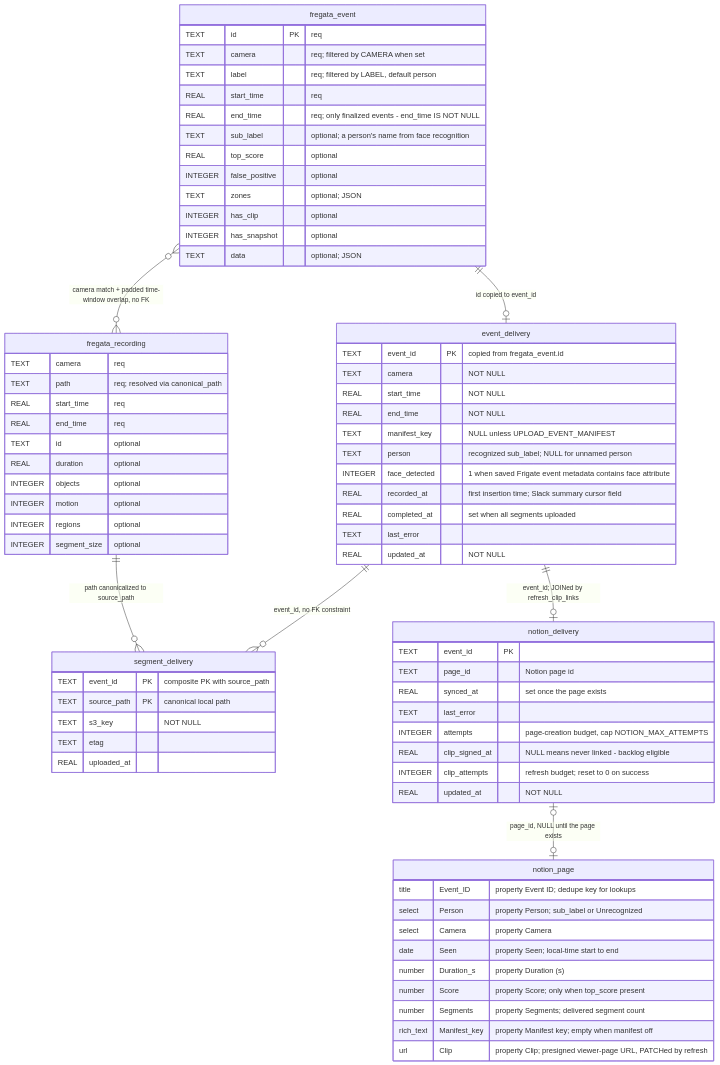
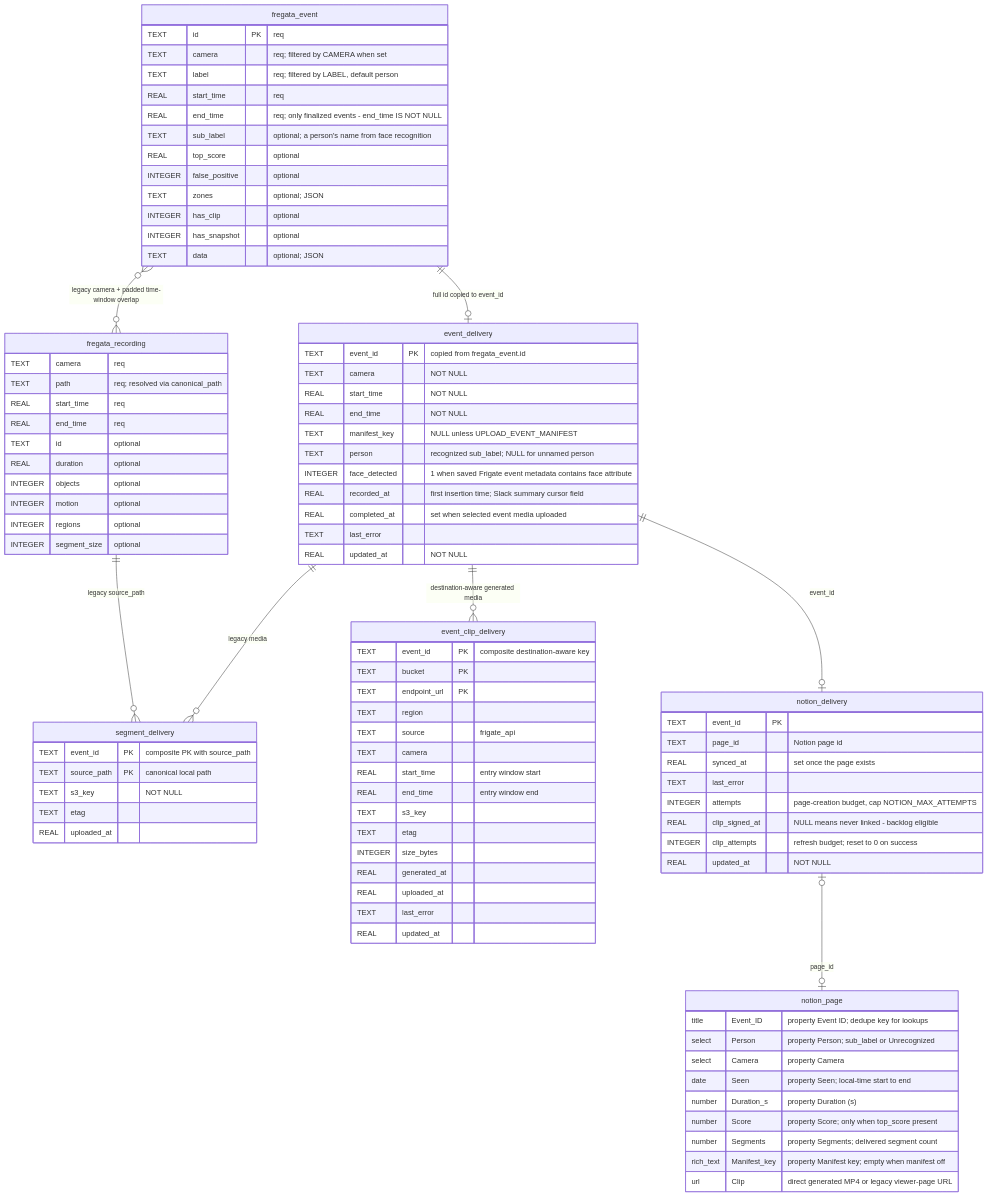
One commit to swarm-work/camera-door-automation changed the second of 2 diagrams in ARCHITECTURE.md. Above: the diagram before and after it, drawn with Mermaid. The commit also changed other lines of this file and 13 other files, not shown here.

````diff
--- a/ARCHITECTURE.md
+++ b/ARCHITECTURE.md
@@ -128,7 +130,7 @@
         TEXT person "recognized sub_label; NULL for unnamed person"
         INTEGER face_detected "1 when saved Frigate event metadata contains face attribute"
         REAL recorded_at "first insertion time; Slack summary cursor field"
-        REAL completed_at "set when all segments uploaded"
+        REAL completed_at "set when selected event media uploaded"
         TEXT last_error
         REAL updated_at "NOT NULL"
     }
@@ -139,6 +141,24 @@
         TEXT s3_key "NOT NULL"
         TEXT etag
         REAL uploaded_at
+    }
+
+    event_clip_delivery {
+        TEXT event_id PK "composite destination-aware key"
+        TEXT bucket PK
+        TEXT endpoint_url PK
+        TEXT region
+        TEXT source "frigate_api"
+        TEXT camera
+        REAL start_time "entry window start"
+        REAL end_time "entry window end"
+        TEXT s3_key
+        TEXT etag
+        INTEGER size_bytes
+        REAL generated_at
+        REAL uploaded_at
+        TEXT last_error
+        REAL updated_at
     }
 
     notion_delivery {
@@ -161,13 +181,14 @@
         number Score "property Score; only when top_score present"
         number Segments "property Segments; delivered segment count"
         rich_text Manifest_key "property Manifest key; empty when manifest off"
-        url Clip "property Clip; presigned viewer-page URL, PATCHed by refresh"
+        url Clip "direct generated MP4 or legacy viewer-page URL"
     }
 
-    fregata_event }o--o{ fregata_recording : "camera match + padded time-window overlap, no FK"
-    fregata_event ||--o| event_delivery : "id copied to event_id"
-    fregata_recording ||--o{ segment_delivery : "path canonicalized to source_path"
-    event_delivery ||--o{ segment_delivery : "event_id, no FK constraint"
-    event_delivery ||--o| notion_delivery : "event_id; JOINed by refresh_clip_links"
-    notion_delivery |o--o| notion_page : "page_id, NULL until the page exists"
+    fregata_event }o--o{ fregata_recording : "legacy camera + padded time-window overlap"
+    fregata_event ||--o| event_delivery : "full id copied to event_id"
+    fregata_recording ||--o{ segment_delivery : "legacy source_path"
+    event_delivery ||--o{ segment_delivery : "legacy media"
+    event_delivery ||--o{ event_clip_delivery : "destination-aware generated media"
+    event_delivery ||--o| notion_delivery : "event_id"
+    notion_delivery |o--o| notion_page : "page_id"
 ```
````
